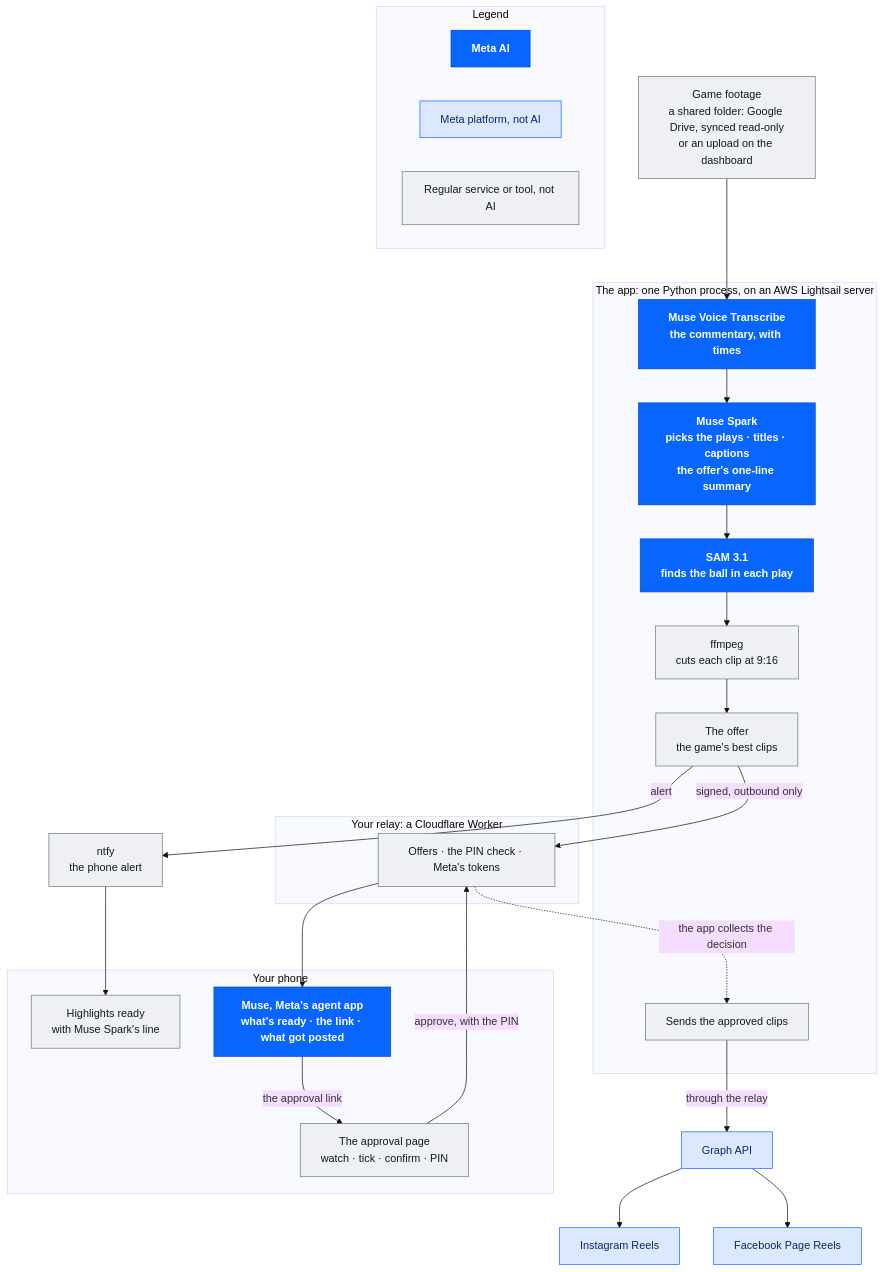
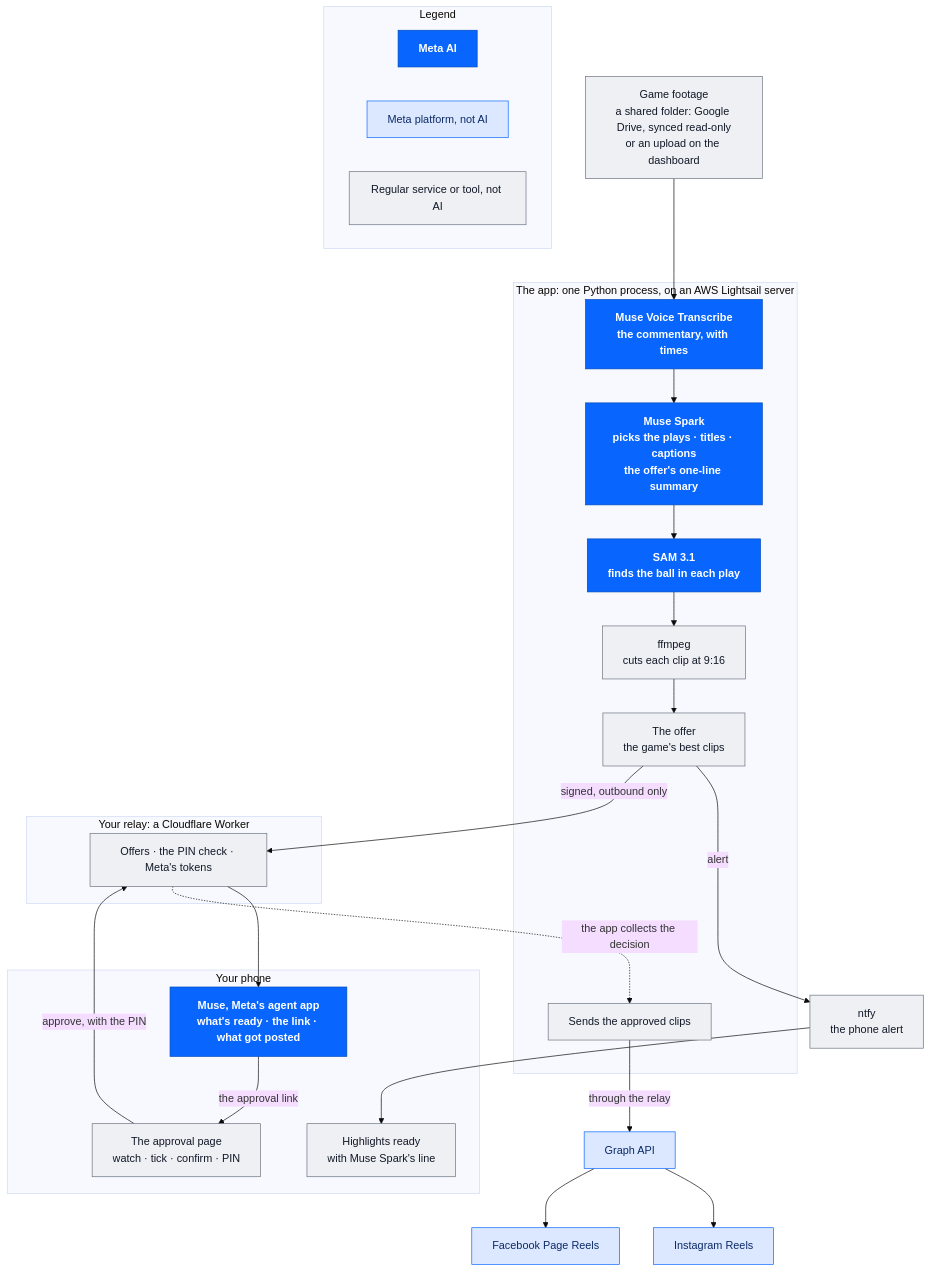
The diagram in README.md (ColinGPT9/clips-kitty-gameday), drawn with Mermaid (base theme) before and after one commit. The commit also changed other lines of this file and 3 other files, not shown here.

First line of the commit message:
Answer the judge-eye review: who reaches what, the tokens, the diagram, Impact

````diff
--- a/README.md
+++ b/README.md
@@ -138,51 +139,50 @@
 ```mermaid
 flowchart TD
     subgraph LEGEND["Legend"]
-        direction LR
         L1["Meta AI"]:::metaai
         L2["Meta platform, not AI"]:::metaplat
         L3["Regular service or tool, not AI"]:::regular
     end
 
     IN["Game footage<br/>a shared folder: Google Drive, synced read-only<br/>or an upload on the dashboard"]:::regular
 
     subgraph APP["The app: one Python process, on an AWS Lightsail server"]
         V["Muse Voice Transcribe<br/>the commentary, with times"]:::metaai
         S["Muse Spark<br/>picks the plays · titles · captions<br/>the offer's one-line summary"]:::metaai
         M["SAM 3.1<br/>finds the ball in each play"]:::metaai
         R["ffmpeg<br/>cuts each clip at 9:16"]:::regular
         O["The offer<br/>the game's best clips"]:::regular
         C["Sends the approved clips"]:::regular
     end
 
     N["ntfy<br/>the phone alert"]:::regular
 
     subgraph RELAY["Your relay: a Cloudflare Worker"]
         Q["Offers · the PIN check · Meta's tokens"]:::regular
     end
 
     subgraph PHONE["Your phone"]
         AL["Highlights ready<br/>with Muse Spark's line"]:::regular
         MU["Muse, Meta's agent app<br/>what's ready · the link · what got posted"]:::metaai
         AP["The approval page<br/>watch · tick · confirm · PIN"]:::regular
     end
 
     G["Graph API"]:::metaplat
     IG["Instagram Reels"]:::metaplat
     FB["Facebook Page Reels"]:::metaplat
 
     IN --> V --> S --> M --> R --> O
-    O -->|"alert"| N --> AL
+    O --->|"alert"| N --> AL
     O -->|"signed, outbound only"| Q
     Q --> MU
     MU -->|"the approval link"| AP
     AP -->|"approve, with the PIN"| Q
     Q -.->|"the app collects the decision"| C
     C -->|"through the relay"| G
     G --> IG
     G --> FB
 
     classDef metaai fill:#0866FF,stroke:#0049B7,color:#ffffff,font-weight:bold
     classDef metaplat fill:#DCE8FF,stroke:#0866FF,color:#0B2A66
     classDef regular fill:#EEF0F3,stroke:#6B7280,color:#111827
 ```
````
